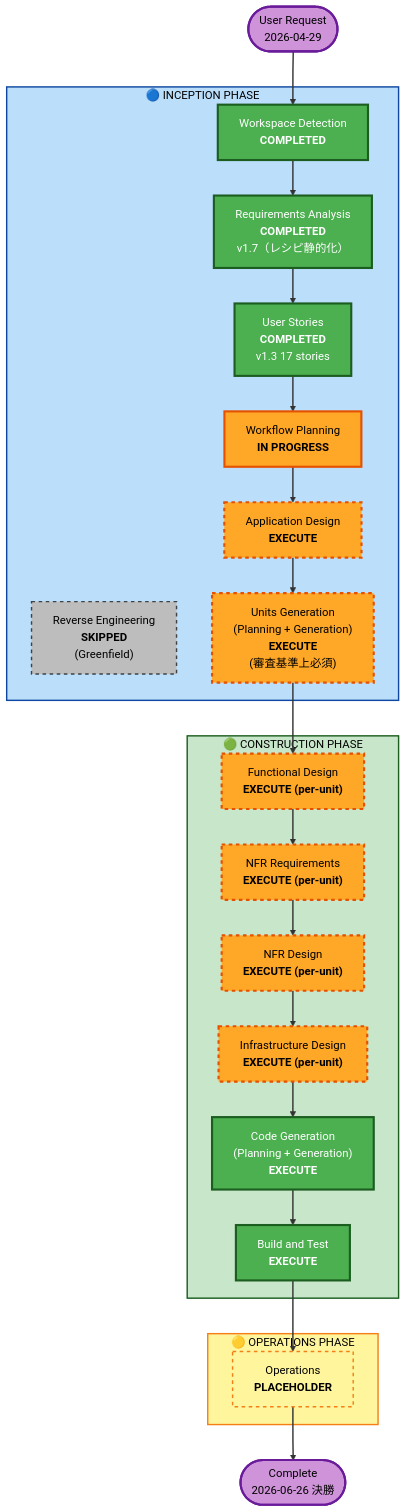
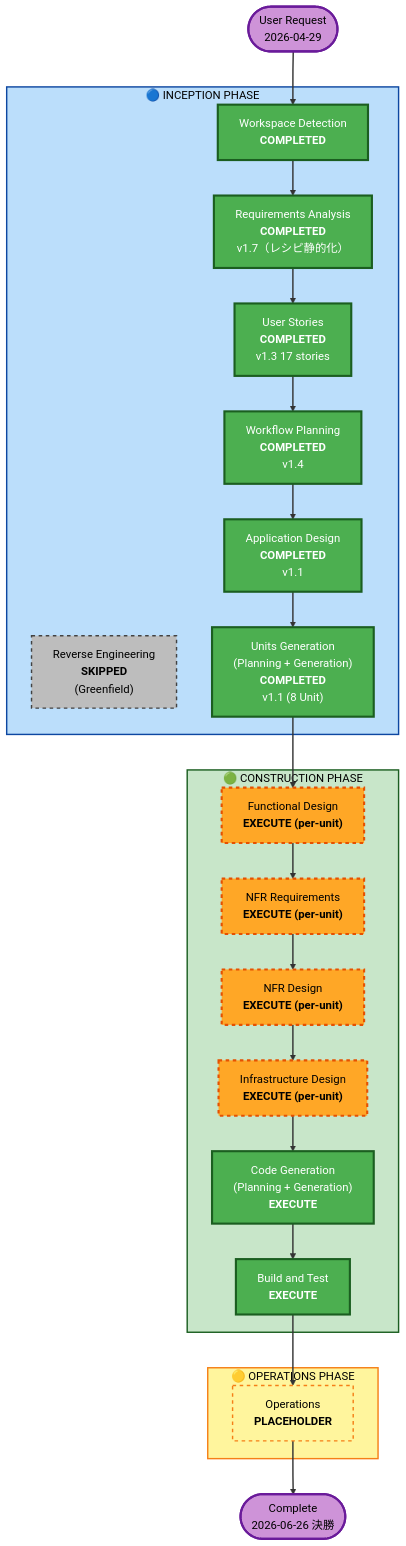
One commit to salsa-panda/tako-tues changed the first of 2 diagrams in aidlc-docs/inception/plans/execution-plan.md. Above: the diagram before and after it, drawn with Mermaid. The commit also changed other lines of this file and 7 other files, not shown here.

````diff
--- a/aidlc-docs/inception/plans/execution-plan.md
+++ b/aidlc-docs/inception/plans/execution-plan.md
@@ -98,69 +99,69 @@
 ```mermaid
 flowchart TD
     Start(["User Request<br/>2026-04-29"])
 
     subgraph INCEPTION["🔵 INCEPTION PHASE"]
         WD["Workspace Detection<br/><b>COMPLETED</b>"]
         RE["Reverse Engineering<br/><b>SKIPPED</b><br/>(Greenfield)"]
         RA["Requirements Analysis<br/><b>COMPLETED</b><br/>v1.7（レシピ静的化）"]
         US["User Stories<br/><b>COMPLETED</b><br/>v1.3 17 stories"]
-        WP["Workflow Planning<br/><b>IN PROGRESS</b>"]
-        AD["Application Design<br/><b>EXECUTE</b>"]
-        UG["Units Generation<br/>(Planning + Generation)<br/><b>EXECUTE</b><br/>(審査基準上必須)"]
+        WP["Workflow Planning<br/><b>COMPLETED</b><br/>v1.4"]
+        AD["Application Design<br/><b>COMPLETED</b><br/>v1.1"]
+        UG["Units Generation<br/>(Planning + Generation)<br/><b>COMPLETED</b><br/>v1.1 (8 Unit)"]
     end
 
     subgraph CONSTRUCTION["🟢 CONSTRUCTION PHASE"]
         FD["Functional Design<br/><b>EXECUTE (per-unit)</b>"]
         NFRA["NFR Requirements<br/><b>EXECUTE (per-unit)</b>"]
         NFRD["NFR Design<br/><b>EXECUTE (per-unit)</b>"]
         ID["Infrastructure Design<br/><b>EXECUTE (per-unit)</b>"]
         CG["Code Generation<br/>(Planning + Generation)<br/><b>EXECUTE</b>"]
         BT["Build and Test<br/><b>EXECUTE</b>"]
     end
 
     subgraph OPERATIONS["🟡 OPERATIONS PHASE"]
         OPS["Operations<br/><b>PLACEHOLDER</b>"]
     end
 
     Start --> WD
     WD --> RA
     RA --> US
     US --> WP
     WP --> AD
     AD --> UG
     UG --> FD
     FD --> NFRA
     NFRA --> NFRD
     NFRD --> ID
     ID --> CG
     CG --> BT
     BT --> OPS
     OPS --> End(["Complete<br/>2026-06-26 決勝"])
 
     style Start fill:#CE93D8,stroke:#6A1B9A,stroke-width:3px,color:#000
     style End fill:#CE93D8,stroke:#6A1B9A,stroke-width:3px,color:#000
 
     style WD fill:#4CAF50,stroke:#1B5E20,stroke-width:3px,color:#fff
     style RA fill:#4CAF50,stroke:#1B5E20,stroke-width:3px,color:#fff
     style US fill:#4CAF50,stroke:#1B5E20,stroke-width:3px,color:#fff
-    style WP fill:#FFA726,stroke:#E65100,stroke-width:3px,color:#000
+    style WP fill:#4CAF50,stroke:#1B5E20,stroke-width:3px,color:#fff
     style RE fill:#BDBDBD,stroke:#424242,stroke-width:2px,stroke-dasharray: 5 5,color:#000
 
-    style AD fill:#FFA726,stroke:#E65100,stroke-width:3px,stroke-dasharray: 5 5,color:#000
-    style UG fill:#FFA726,stroke:#E65100,stroke-width:3px,stroke-dasharray: 5 5,color:#000
+    style AD fill:#4CAF50,stroke:#1B5E20,stroke-width:3px,color:#fff
+    style UG fill:#4CAF50,stroke:#1B5E20,stroke-width:3px,color:#fff
 
     style FD fill:#FFA726,stroke:#E65100,stroke-width:3px,stroke-dasharray: 5 5,color:#000
     style NFRA fill:#FFA726,stroke:#E65100,stroke-width:3px,stroke-dasharray: 5 5,color:#000
     style NFRD fill:#FFA726,stroke:#E65100,stroke-width:3px,stroke-dasharray: 5 5,color:#000
     style ID fill:#FFA726,stroke:#E65100,stroke-width:3px,stroke-dasharray: 5 5,color:#000
     style CG fill:#4CAF50,stroke:#1B5E20,stroke-width:3px,color:#fff
     style BT fill:#4CAF50,stroke:#1B5E20,stroke-width:3px,color:#fff
 
     style OPS fill:#FFF59D,stroke:#F57F17,stroke-width:2px,stroke-dasharray: 5 5,color:#000
 
     style INCEPTION fill:#BBDEFB,stroke:#0D47A1,stroke-width:2px,color:#000
     style CONSTRUCTION fill:#C8E6C9,stroke:#1B5E20,stroke-width:2px,color:#000
     style OPERATIONS fill:#FFF59D,stroke:#F57F17,stroke-width:2px,color:#000
 
     linkStyle default stroke:#333,stroke-width:2px
 ```
````
